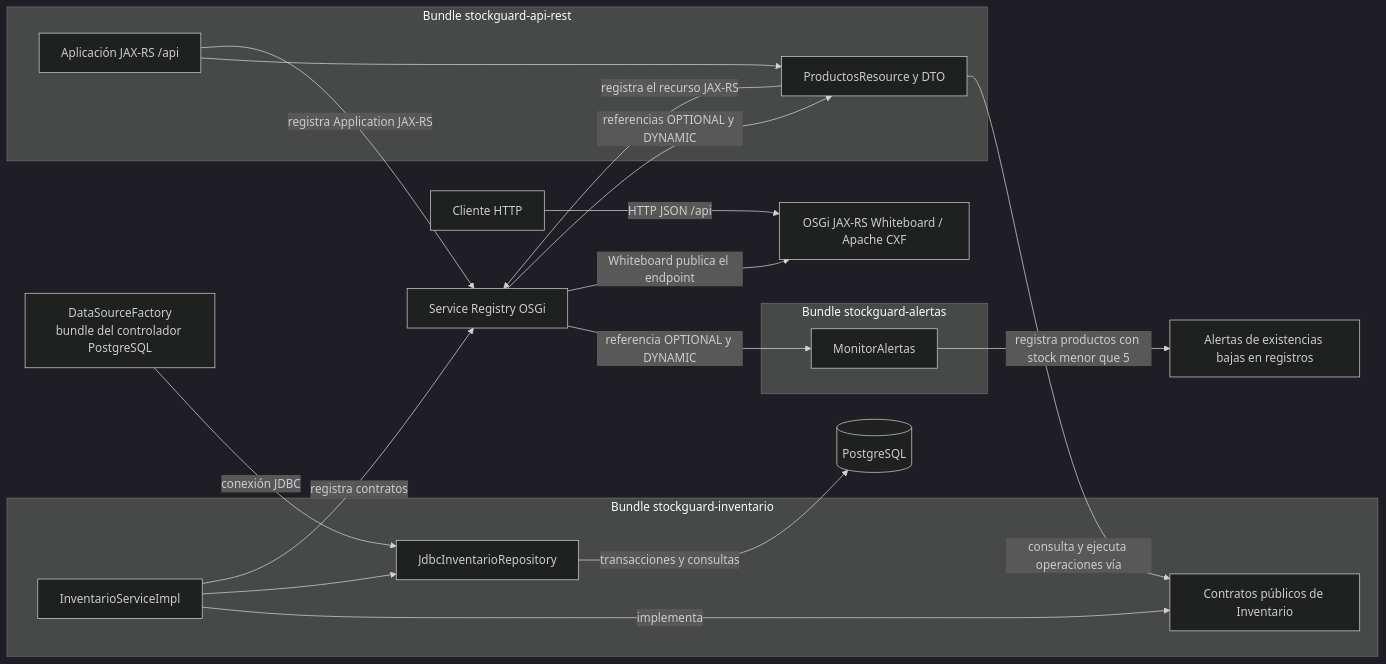
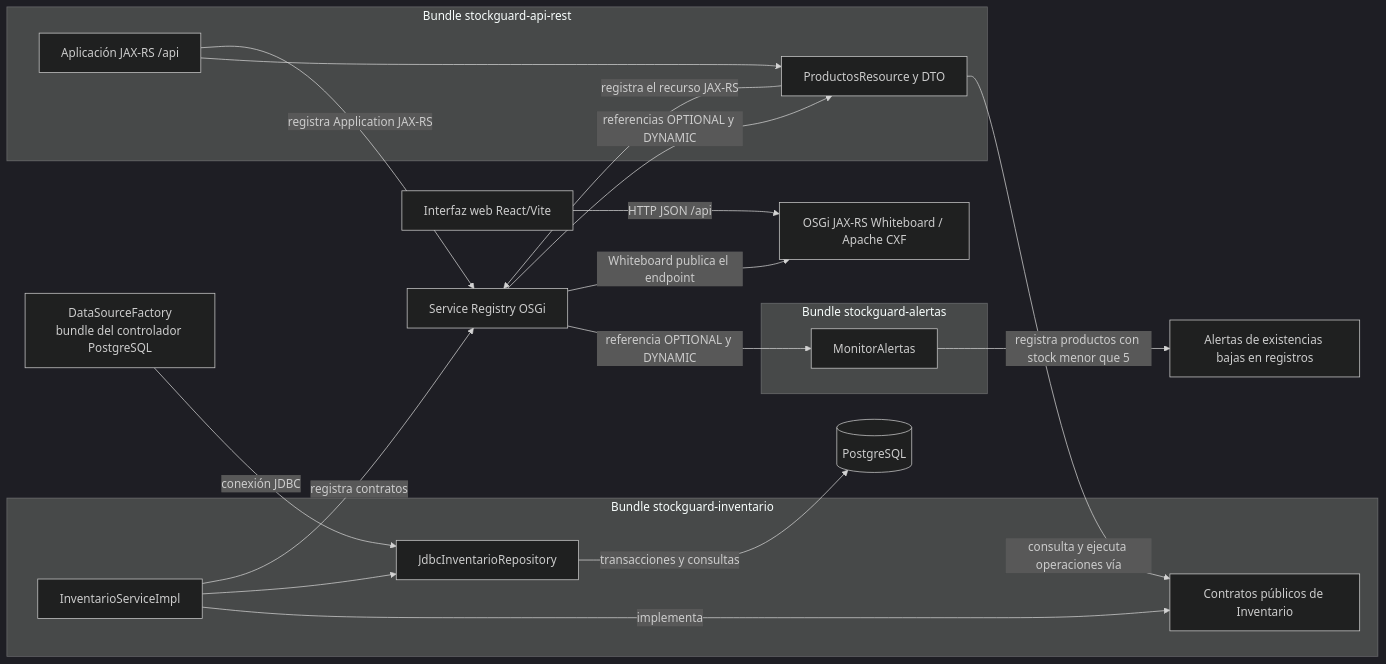
Before and after one commit to Juliomm8/StockGuard: the diagram in README.md, drawn with Mermaid (dark theme). The commit also changed other lines of this file and 9 other files, not shown here.

````diff
--- a/README.md
+++ b/README.md
@@ -38,37 +49,37 @@
 ```mermaid
 flowchart LR
     subgraph INV[Bundle stockguard-inventario]
         IMPL[InventarioServiceImpl]
         API[Contratos públicos de Inventario]
         IMPL -->|implementa| API
         REPO[JdbcInventarioRepository]
         IMPL --> REPO
     end
 
     REG[Service Registry OSGi]
     JDBC[DataSourceFactory<br/>bundle del controlador PostgreSQL]
     DB[(PostgreSQL)]
     subgraph ALT[Bundle stockguard-alertas]
         MON[MonitorAlertas]
     end
     subgraph REST[Bundle stockguard-api-rest]
         APP[Aplicación JAX-RS /api]
         RESOURCE[ProductosResource y DTO]
         APP --> RESOURCE
     end
     HTTP[OSGi JAX-RS Whiteboard / Apache CXF]
-    CLIENTE[Cliente HTTP]
+    FRONTEND[Interfaz web React/Vite]
     ALERTA[Alertas de existencias bajas en registros]
 
     IMPL -->|registra contratos| REG
     REG -->|referencia OPTIONAL y DYNAMIC| MON
     REG -->|referencias OPTIONAL y DYNAMIC| RESOURCE
     RESOURCE -->|consulta y ejecuta operaciones vía| API
     APP -->|registra Application JAX-RS| REG
     RESOURCE -->|registra el recurso JAX-RS| REG
     REG -->|Whiteboard publica el endpoint| HTTP
-    CLIENTE -->|HTTP JSON /api| HTTP
+    FRONTEND -->|HTTP JSON /api| HTTP
     MON -->|registra productos con stock menor que 5| ALERTA
     JDBC -->|conexión JDBC| REPO
     REPO -->|transacciones y consultas| DB
 ```
````
